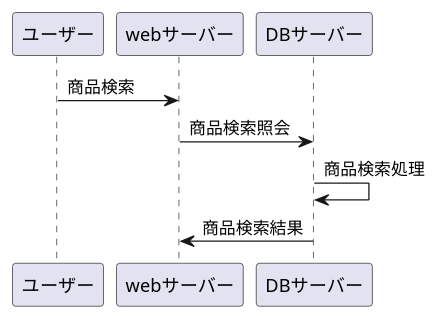
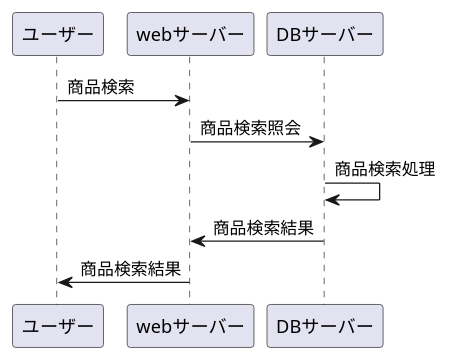
One commit to Aso2001397/2021sys-design changed the diagram in sample.md. Above: the diagram before and after it, drawn with PlantUML.

````diff
--- a/sample.md
+++ b/sample.md
@@ -1,8 +1,9 @@
 ```uml
 @startuml 
 ユーザー -> webサーバー : 商品検索
 webサーバー -> DBサーバー : 商品検索照会
 DBサーバー -> DBサーバー : 商品検索処理
 DBサーバー -> webサーバー : 商品検索結果
+webサーバー -> ユーザー : 商品検索結果
 @enduml
 ```
````
